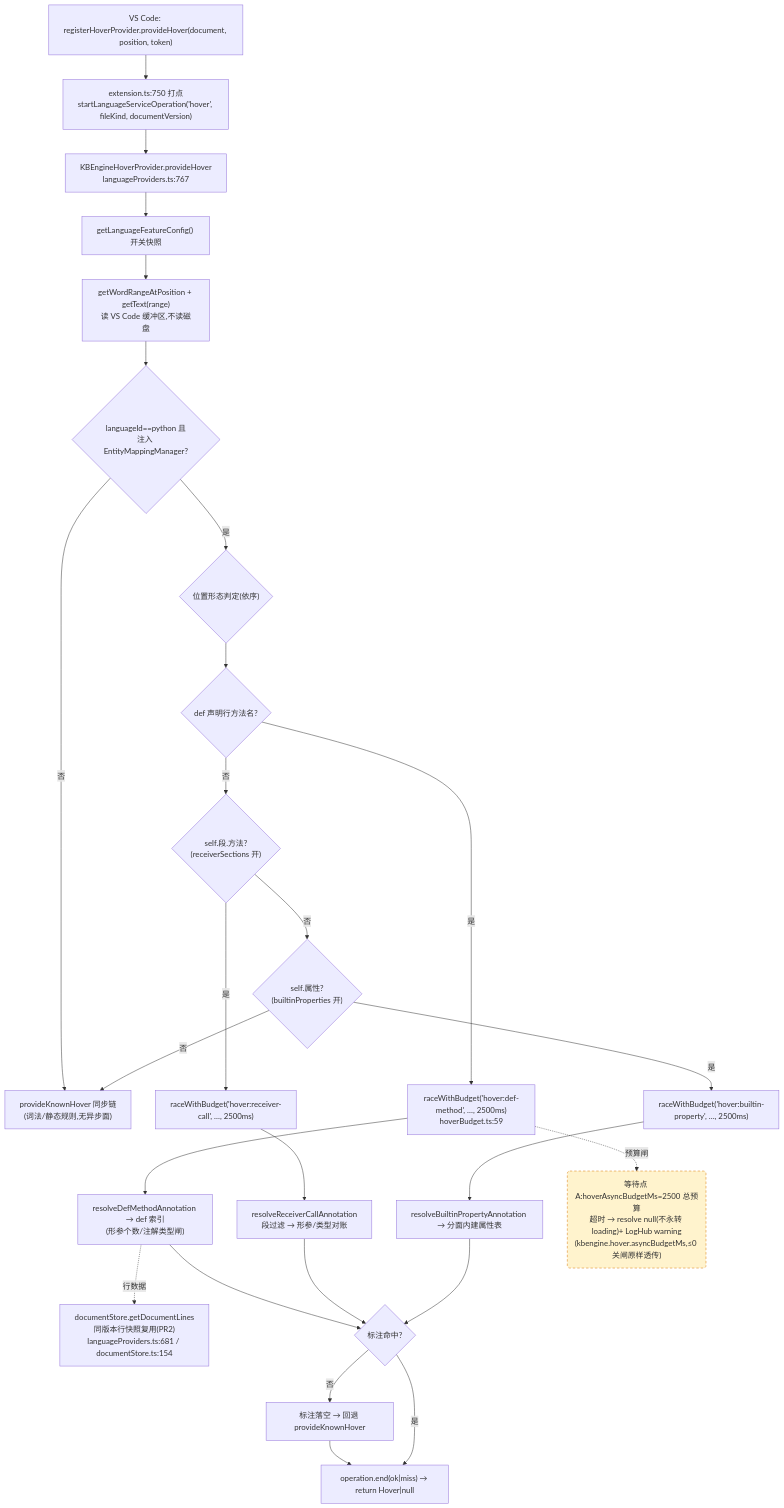
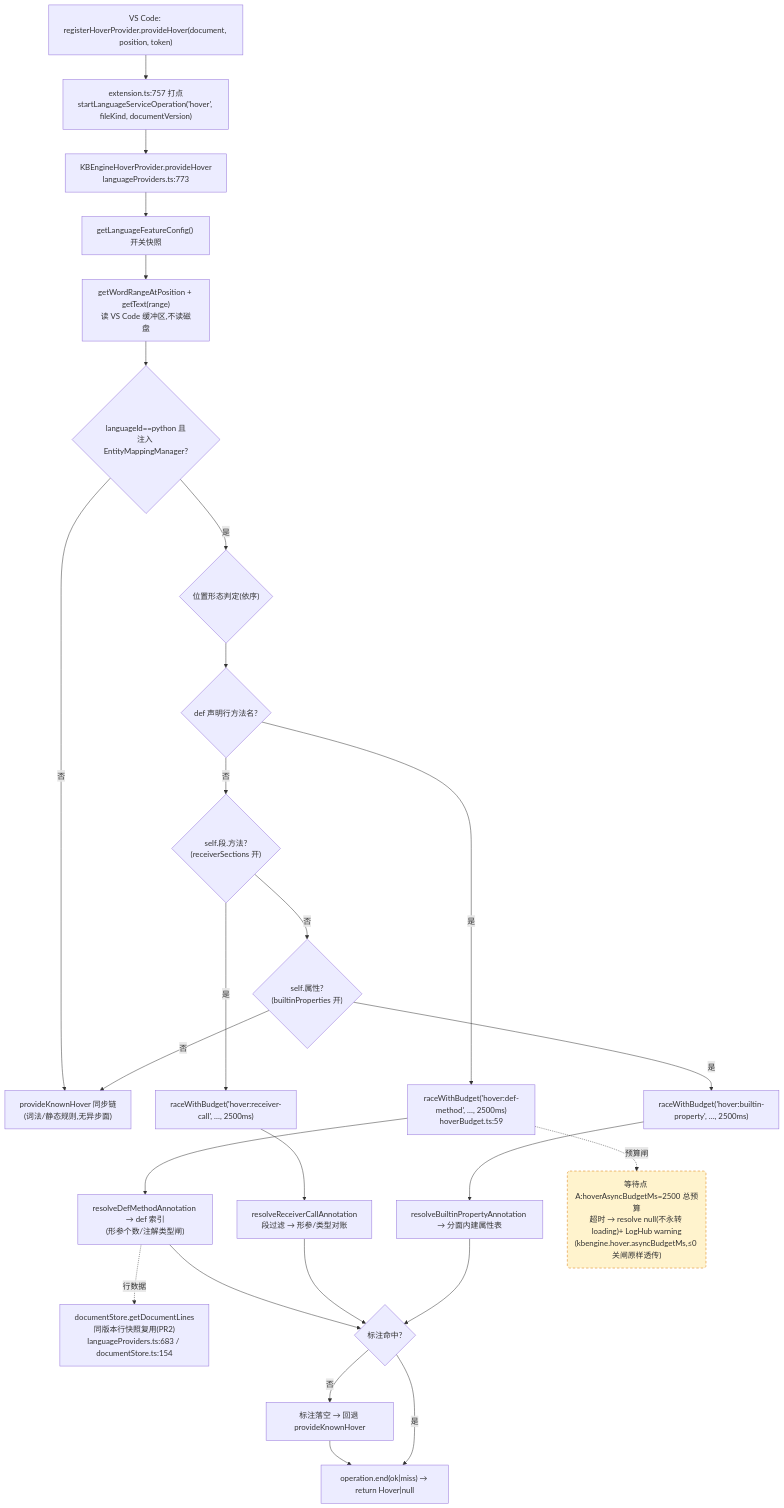
One commit to cuihairu/kode changed the first of 4 diagrams in docs/perf/2026-baseline.md. Above: the diagram before and after it, drawn with Mermaid. The commit also changed other lines of this file and 10 other files, not shown here.

````diff
--- a/docs/perf/2026-baseline.md
+++ b/docs/perf/2026-baseline.md
@@ -82,45 +82,45 @@
 ```mermaid
 flowchart TD
   VC1["VS Code: registerHoverProvider.provideHover(document, position, token)"]
-  M1["extension.ts:750 打点<br/>startLanguageServiceOperation('hover', fileKind, documentVersion)"]
-  HP["KBEngineHoverProvider.provideHover<br/>languageProviders.ts:767"]
+  M1["extension.ts:757 打点<br/>startLanguageServiceOperation('hover', fileKind, documentVersion)"]
+  HP["KBEngineHoverProvider.provideHover<br/>languageProviders.ts:773"]
   CFG["getLanguageFeatureConfig() 开关快照"]
   WORD["getWordRangeAtPosition + getText(range)<br/>读 VS Code 缓冲区,不读磁盘"]
   BR{"languageId==python 且<br/>注入 EntityMappingManager?"}
   KN["provideKnownHover 同步链<br/>(词法/静态规则,无异步面)"]
   POS{"位置形态判定(依序)"}
   D1{"def 声明行方法名?"}
   D2{"self.段.方法?<br/>(receiverSections 开)"}
   D3{"self.属性?<br/>(builtinProperties 开)"}
   RA1["raceWithBudget('hover:def-method', …, 2500ms)<br/>hoverBudget.ts:59"]
   RA2["raceWithBudget('hover:receiver-call', …, 2500ms)"]
   RA3["raceWithBudget('hover:builtin-property', …, 2500ms)"]
   RS1["resolveDefMethodAnnotation → def 索引<br/>(形参个数/注解类型闸)"]
   RS2["resolveReceiverCallAnnotation<br/>段过滤 → 形参/类型对账"]
   RS3["resolveBuiltinPropertyAnnotation → 分面内建属性表"]
-  LINES["documentStore.getDocumentLines<br/>同版本行快照复用(PR2)<br/>languageProviders.ts:681 / documentStore.ts:154"]
+  LINES["documentStore.getDocumentLines<br/>同版本行快照复用(PR2)<br/>languageProviders.ts:683 / documentStore.ts:154"]
   MISS["标注落空 → 回退 provideKnownHover"]
   END1["operation.end(ok|miss) → return Hover|null"]
 
   VC1 --> M1 --> HP --> CFG --> WORD --> BR
   BR -- "否" --> KN
   BR -- "是" --> POS --> D1
   D1 -- "是" --> RA1 --> RS1
   D1 -- "否" --> D2
   D2 -- "是" --> RA2 --> RS2
   D2 -- "否" --> D3
   D3 -- "是" --> RA3 --> RS3
   D3 -- "否" --> KN
   RS1 --> HIT{"标注命中?"}
   RS2 --> HIT
   RS3 --> HIT
   RS1 -.->|行数据| LINES
   HIT -- "否" --> MISS --> END1
   HIT -- "是" --> END1
 
   WAITA("等待点 A:hoverAsyncBudgetMs=2500 总预算<br/>超时 → resolve null(不永转 loading)+ LogHub warning<br/>(kbengine.hover.asyncBudgetMs,≤0 关闸原样透传)")
   RA1 -.->|预算闸| WAITA
 
   classDef waitPoint fill:#fff3cd,stroke:#d97706,stroke-dasharray:5 4;
   class WAITA waitPoint;
 ```
````
